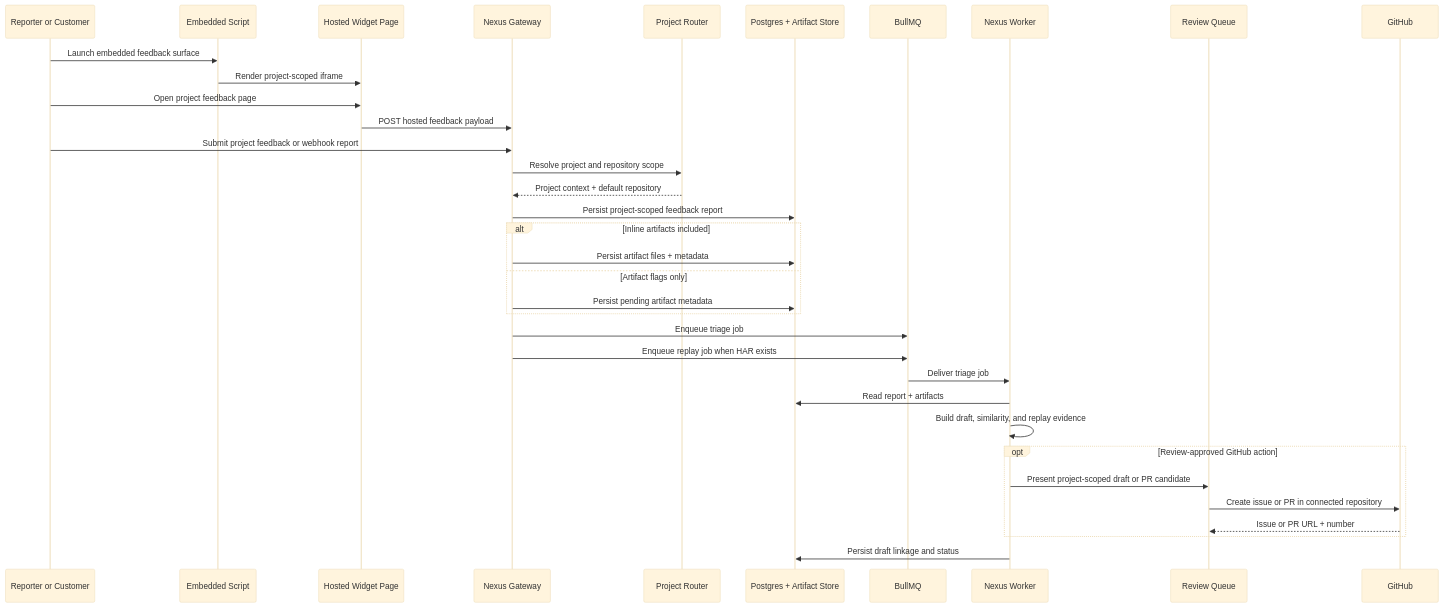
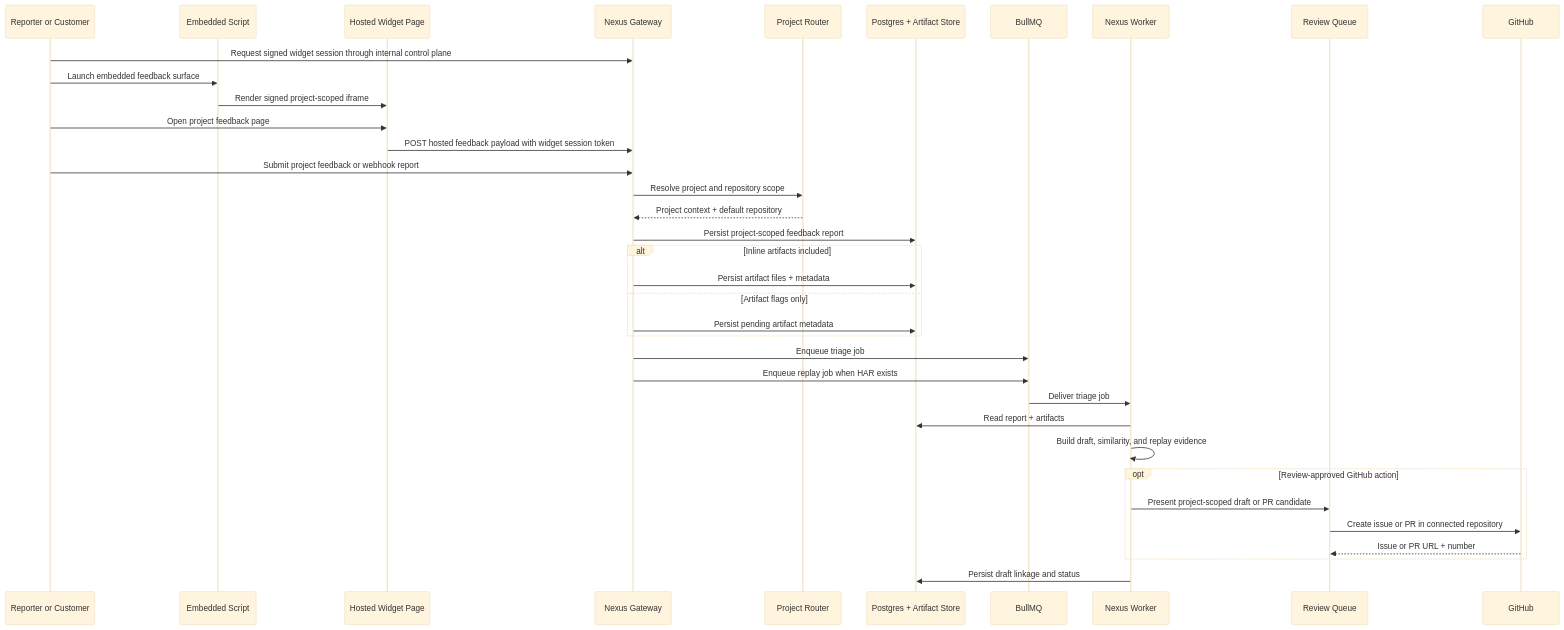
Before and after one commit to smithdavedesign/AI-Took-My-Job: the third of 3 diagrams in README.md, drawn with Mermaid (base theme). The commit also changed other lines of this file and 15 other files, not shown here.

Commit message:
Harden widget access and onboarding flow

````diff
--- a/README.md
+++ b/README.md
@@ -143,38 +144,39 @@
 ```mermaid
 sequenceDiagram
   participant Reporter as Reporter or Customer
   participant Embed as Embedded Script
   participant Widget as Hosted Widget Page
   participant Gateway as Nexus Gateway
   participant Router as Project Router
   participant Store as Postgres + Artifact Store
   participant Queue as BullMQ
   participant Worker as Nexus Worker
   participant Review as Review Queue
   participant GitHub as GitHub
 
+  Reporter->>Gateway: Request signed widget session through internal control plane
   Reporter->>Embed: Launch embedded feedback surface
-  Embed->>Widget: Render project-scoped iframe
+  Embed->>Widget: Render signed project-scoped iframe
   Reporter->>Widget: Open project feedback page
-  Widget->>Gateway: POST hosted feedback payload
+  Widget->>Gateway: POST hosted feedback payload with widget session token
   Reporter->>Gateway: Submit project feedback or webhook report
   Gateway->>Router: Resolve project and repository scope
   Router-->>Gateway: Project context + default repository
   Gateway->>Store: Persist project-scoped feedback report
   alt Inline artifacts included
     Gateway->>Store: Persist artifact files + metadata
   else Artifact flags only
     Gateway->>Store: Persist pending artifact metadata
   end
   Gateway->>Queue: Enqueue triage job
   Gateway->>Queue: Enqueue replay job when HAR exists
   Queue->>Worker: Deliver triage job
   Worker->>Store: Read report + artifacts
   Worker->>Worker: Build draft, similarity, and replay evidence
   opt Review-approved GitHub action
     Worker->>Review: Present project-scoped draft or PR candidate
     Review->>GitHub: Create issue or PR in connected repository
     GitHub-->>Review: Issue or PR URL + number
   end
   Worker->>Store: Persist draft linkage and status
 ```
````
